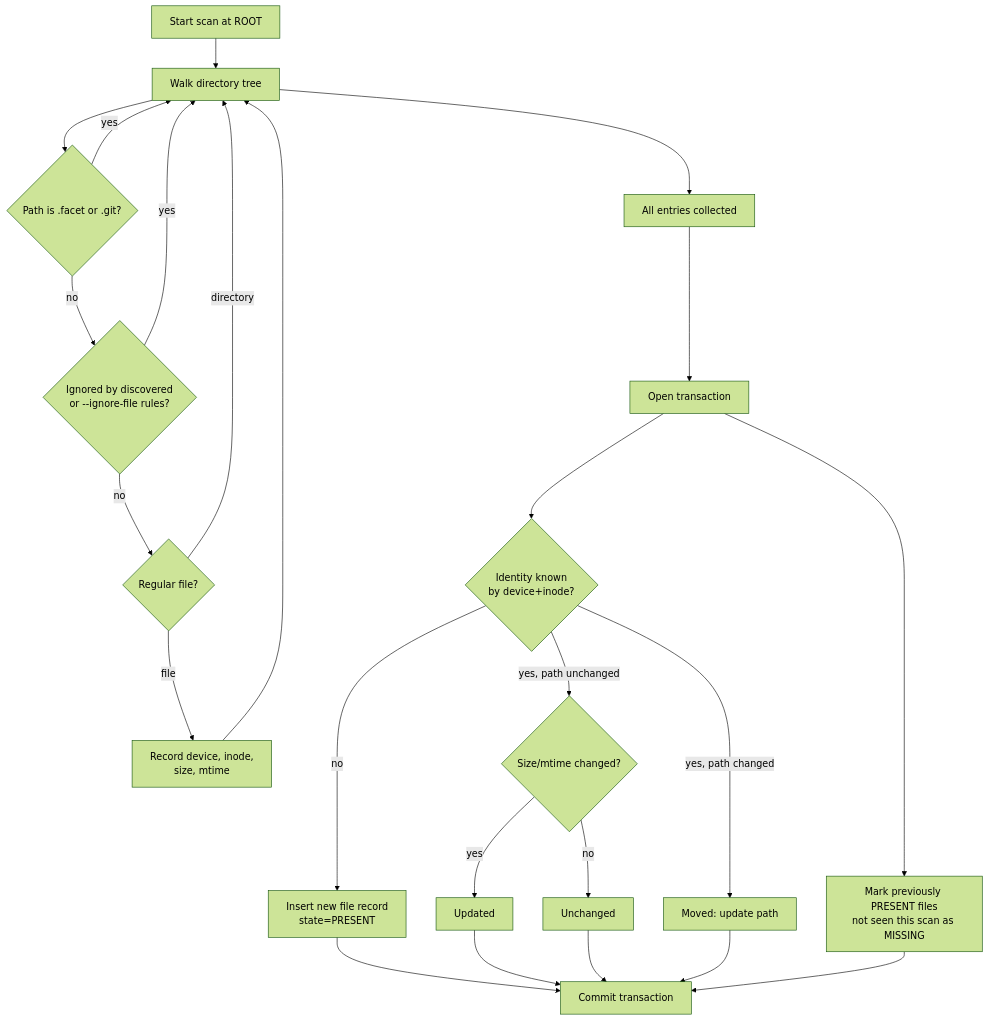
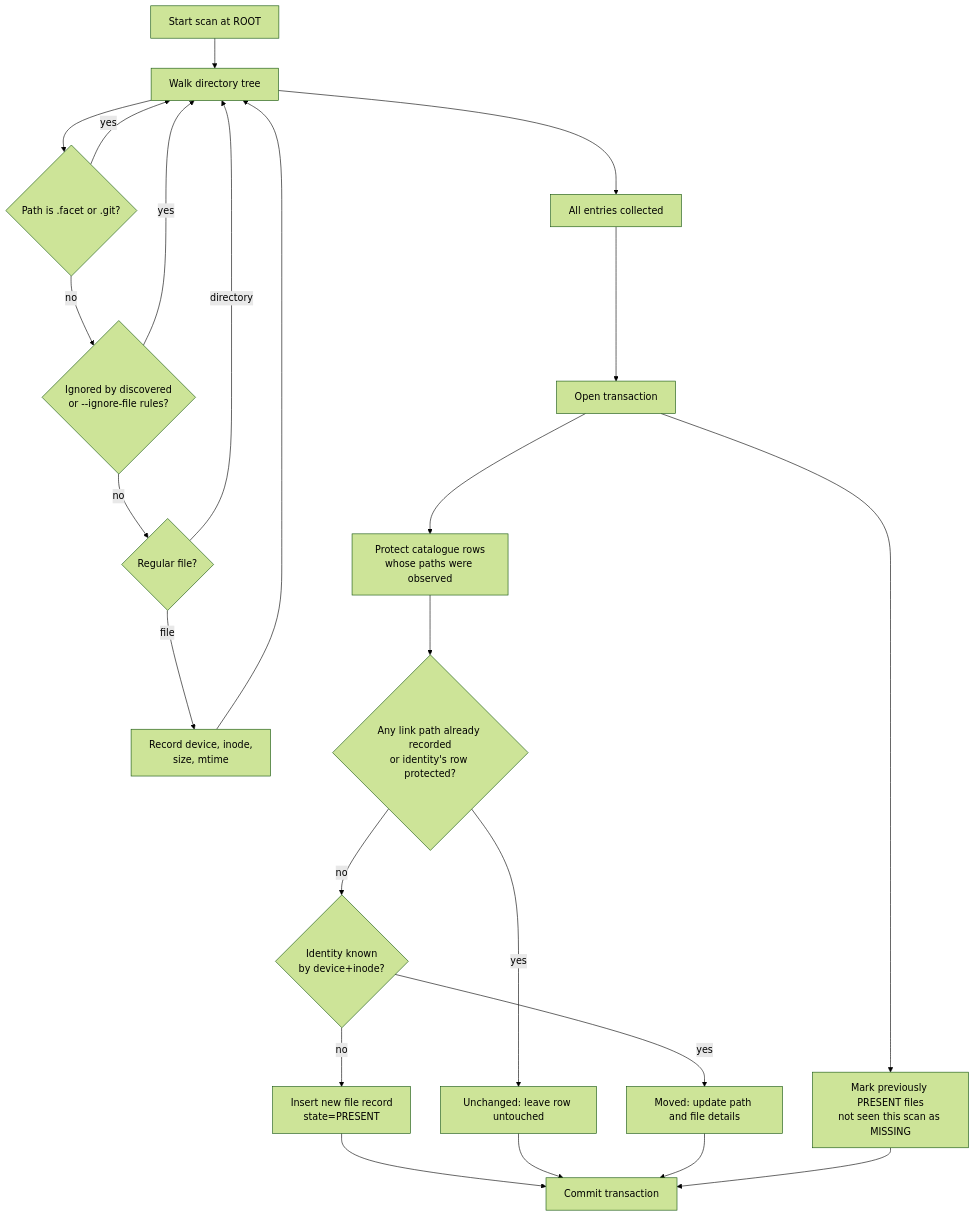
One commit to axler8r/facet changed the diagram in docs/user-guide.md. Above: the diagram before and after it, drawn with Mermaid (forest theme). The commit also changed other lines of this file and 5 other files, not shown here.

````diff
--- a/docs/user-guide.md
+++ b/docs/user-guide.md
@@ -109,26 +113,25 @@
 ```mermaid
 flowchart TD
     A[Start scan at ROOT] --> B[Walk directory tree]
     B --> C{Path is .facet or .git?}
     C -- yes --> B
     C -- no --> D{Ignored by discovered<br/>or --ignore-file rules?}
     D -- yes --> B
     D -- no --> E{Regular file?}
     E -- directory --> B
     E -- file --> F[Record device, inode,<br/>size, mtime]
     F --> B
     B --> G[All entries collected]
     G --> H[Open transaction]
-    H --> I{Identity known<br/>by device+inode?}
+    H --> Q[Protect catalogue rows<br/>whose paths were observed]
+    Q --> R{Any link path already recorded<br/>or identity's row protected?}
+    R -- yes --> L[Unchanged: leave row untouched]
+    R -- no --> I{Identity known<br/>by device+inode?}
     I -- no --> J[Insert new file record<br/>state=PRESENT]
-    I -- yes, path unchanged --> K{Size/mtime changed?}
-    K -- no --> L[Unchanged]
-    K -- yes --> M[Updated]
-    I -- yes, path changed --> N[Moved: update path]
+    I -- yes --> N[Moved: update path and file details]
     H --> O[Mark previously PRESENT files<br/>not seen this scan as MISSING]
     J --> P[Commit transaction]
-    M --> P
     L --> P
     N --> P
     O --> P
 ```
````
